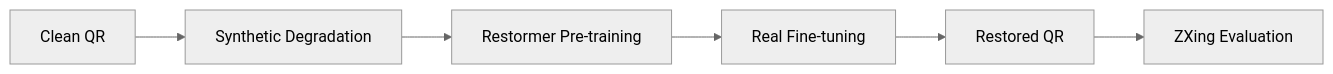
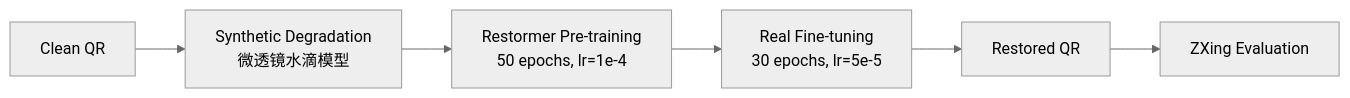
The diagram in README.md (Javrou/QRWaterRemoval), drawn with Mermaid (neutral theme) before and after one commit. The commit also changed other lines of this file and 2 other files, not shown here.

````diff
--- a/README.md
+++ b/README.md
@@ -21,12 +22,8 @@
 ```mermaid
 flowchart LR
-
-A[Clean QR] --> B[Synthetic Degradation]
-B --> C[Restormer Pre-training]
-
-C --> D[Real Fine-tuning]
-
-D --> E[Restored QR]
-
-E --> F[ZXing Evaluation]
+    A[Clean QR] --> B[Synthetic Degradation<br/>微透镜水滴模型]
+    B --> C[Restormer Pre-training<br/>50 epochs, lr=1e-4]
+    C --> D[Real Fine-tuning<br/>30 epochs, lr=5e-5]
+    D --> E[Restored QR]
+    E --> F[ZXing Evaluation]
 ```
````
